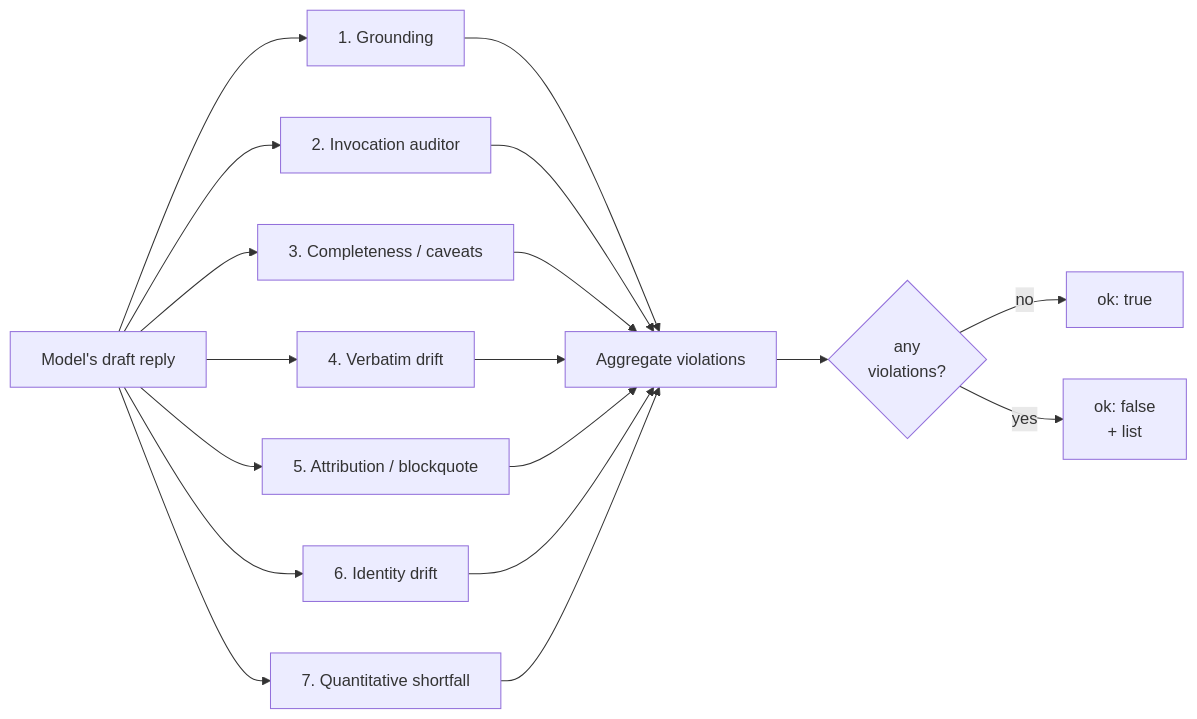
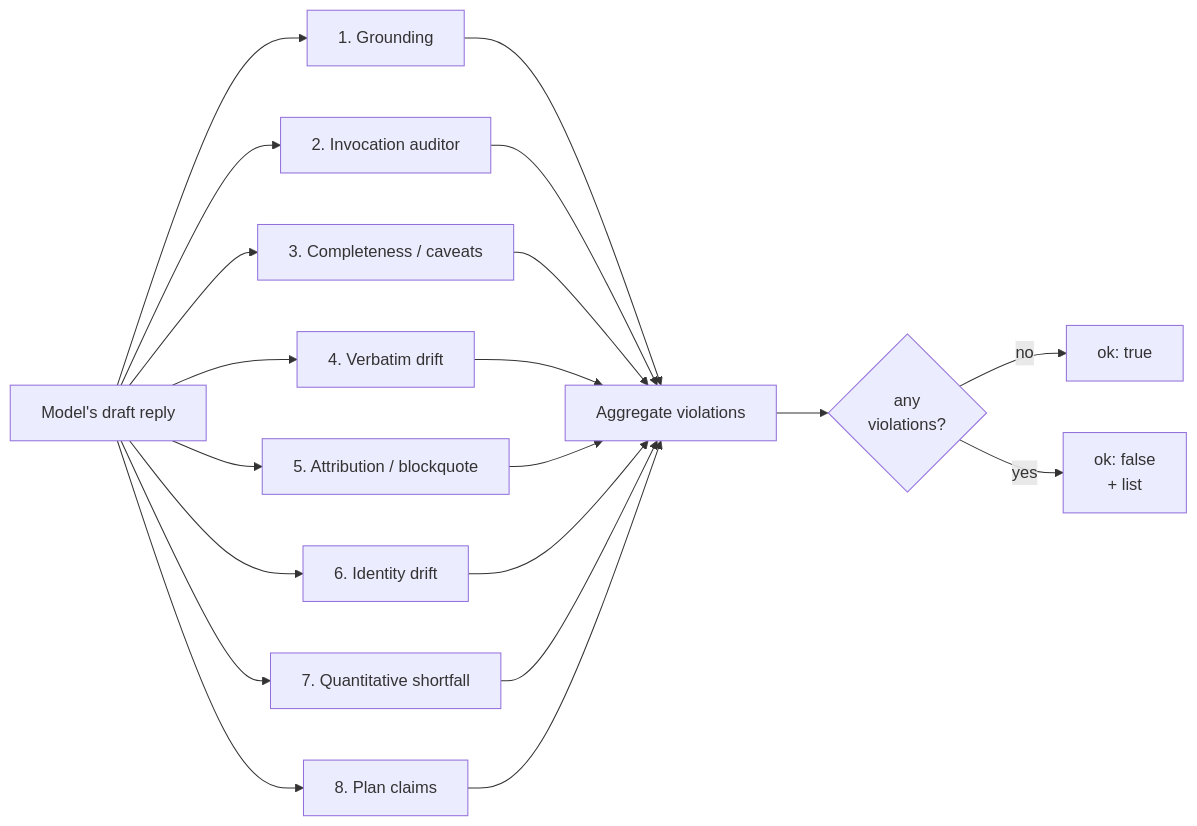
One commit to EdoardoMongardi/NYU_Path changed the second of 2 diagrams in Docs/current-system/engine/response-validator.md. Above: the diagram before and after it, drawn with Mermaid. The commit also changed other lines of this file, not shown here.

First line of the commit message:
docs(current-system): document checkPlanClaims / ungrounded_plan_claim (D5.1)

````diff
--- a/Docs/current-system/engine/response-validator.md
+++ b/Docs/current-system/engine/response-validator.md
@@ -43,20 +45,22 @@
 ```mermaid
 graph LR
     DRAFT[Model's draft reply] --> V1[1. Grounding]
     DRAFT --> V2[2. Invocation auditor]
     DRAFT --> V3[3. Completeness / caveats]
     DRAFT --> V4[4. Verbatim drift]
     DRAFT --> V5[5. Attribution / blockquote]
     DRAFT --> V6[6. Identity drift]
     DRAFT --> V7[7. Quantitative shortfall]
+    DRAFT --> V8[8. Plan claims]
     V1 --> AGG[Aggregate violations]
     V2 --> AGG
     V3 --> AGG
     V4 --> AGG
     V5 --> AGG
     V6 --> AGG
     V7 --> AGG
+    V8 --> AGG
     AGG --> VERDICT{any<br/>violations?}
     VERDICT -->|no| OK[ok: true]
     VERDICT -->|yes| BAD[ok: false<br/>+ list]
 ```
````
